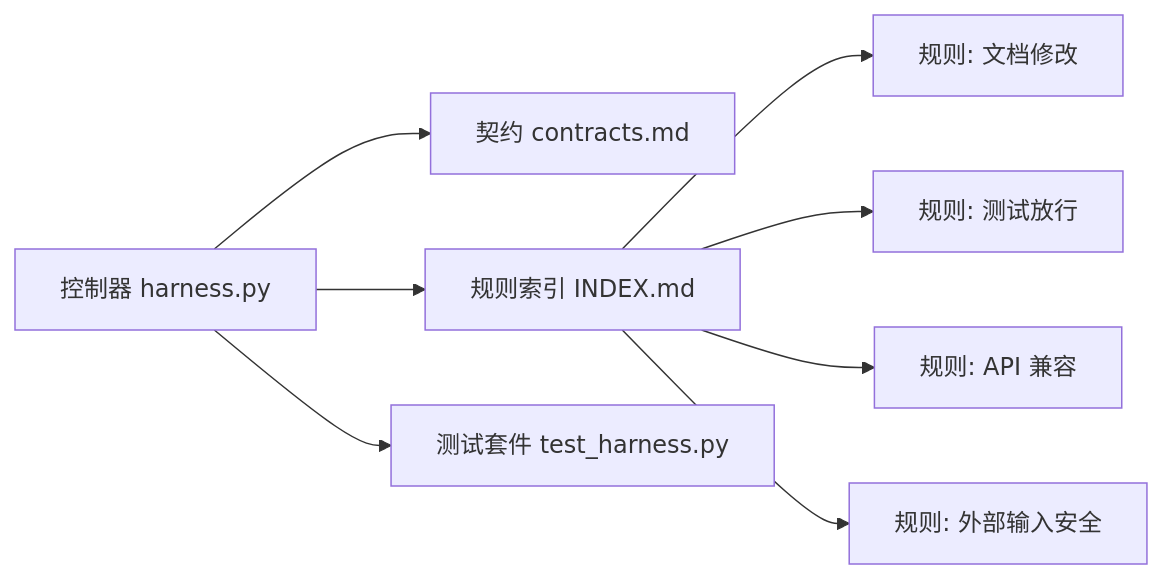
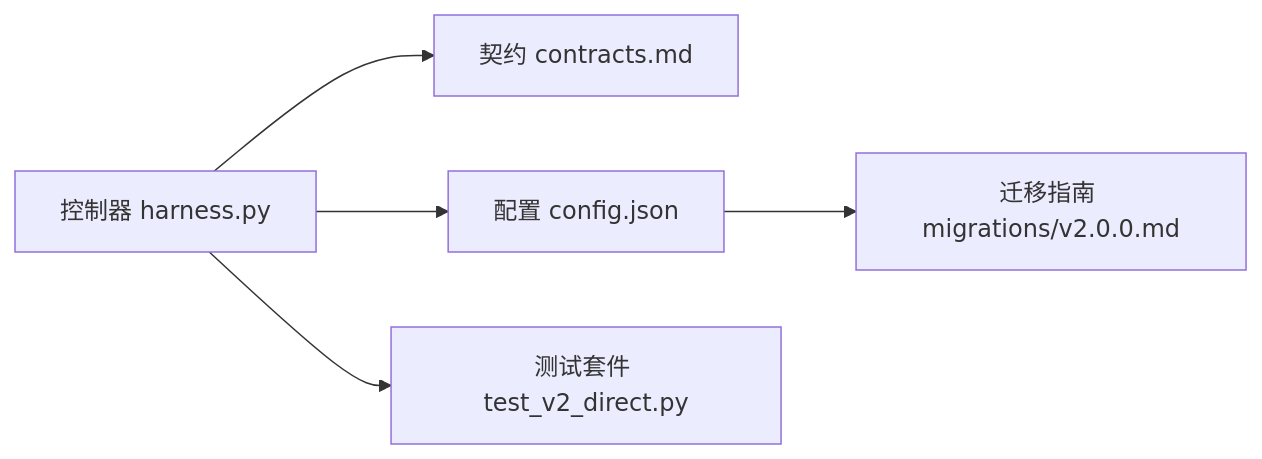
Before and after one commit to HackSing/docs-harness: the ninth of 9 diagrams in .qoder/repowiki/zh/content/证据系统/证据系统.md, drawn with Mermaid. The commit also changed other lines of this file and 42 other files, not shown here.

````diff
--- a/.qoder/repowiki/zh/content/证据系统/证据系统.md
+++ b/.qoder/repowiki/zh/content/证据系统/证据系统.md
@@ -473,10 +301,7 @@
 ```mermaid
 graph LR
 Harness["控制器 harness.py"] --> Contracts["契约 contracts.md"]
-Harness --> RulesIndex["规则索引 INDEX.md"]
-RulesIndex --> RuleDoc["规则: 文档修改"]
-RulesIndex --> RuleTest["规则: 测试放行"]
-RulesIndex --> RuleAPI["规则: API 兼容"]
-RulesIndex --> RuleSec["规则: 外部输入安全"]
-Harness --> Tests["测试套件 test_harness.py"]
+Harness --> Config["配置 config.json"]
+Harness --> Tests["测试套件 test_v2_direct.py"]
+Config --> Migration["迁移指南 migrations/v2.0.0.md"]
 ```
````
